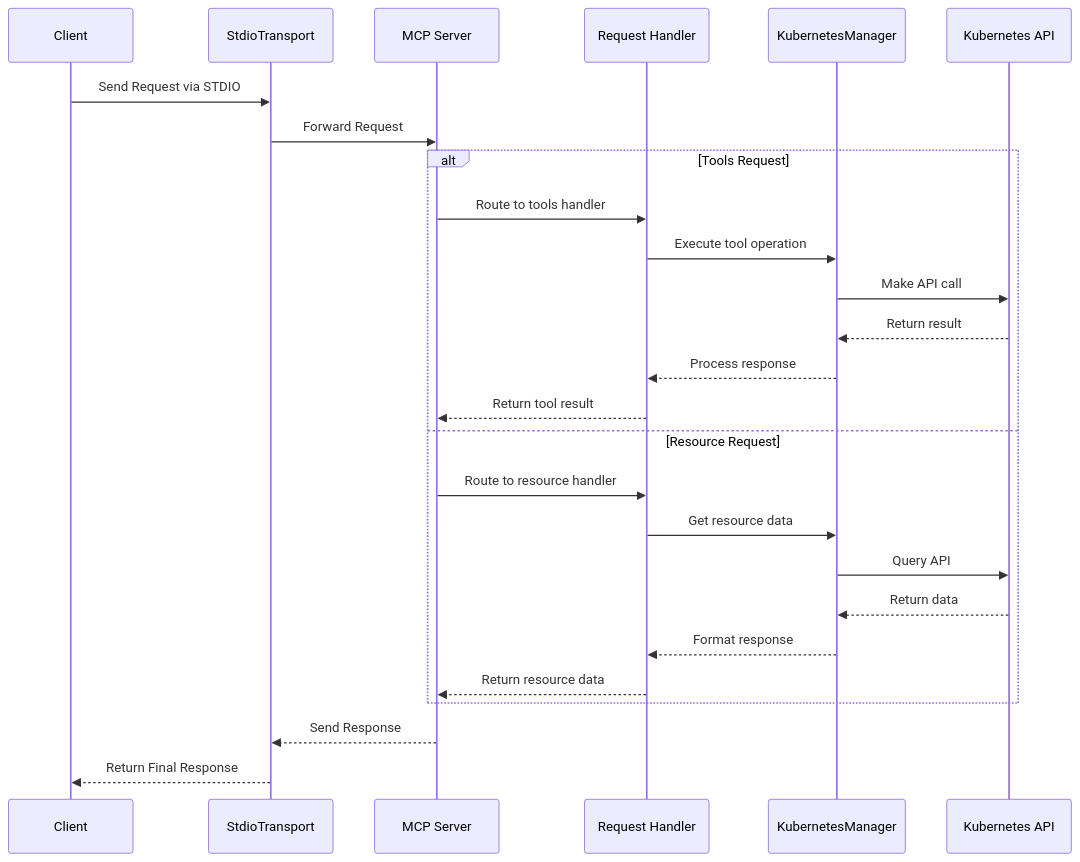
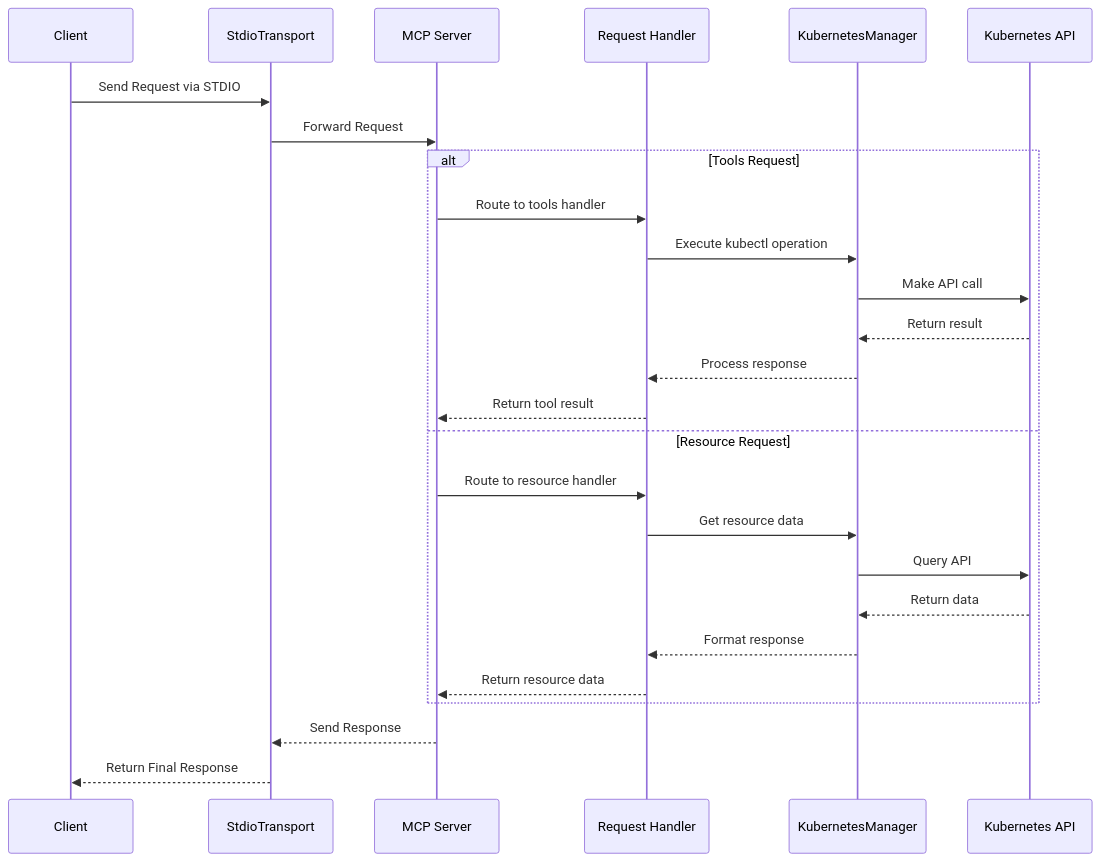
Before and after one commit to vignesh69420/mcp-server-kubernetes: the diagram in README.md, drawn with Mermaid. The commit also changed other lines of this file, not shown here.

Commit message:
Update README.md to reflect unified kubectl API structure

````diff
--- a/README.md
+++ b/README.md
@@ -166,31 +186,31 @@
 ```mermaid
 sequenceDiagram
     participant Client
     participant Transport as StdioTransport
     participant Server as MCP Server
     participant Handler as Request Handler
     participant K8sManager as KubernetesManager
     participant K8s as Kubernetes API
 
     Client->>Transport: Send Request via STDIO
     Transport->>Server: Forward Request
 
     alt Tools Request
         Server->>Handler: Route to tools handler
-        Handler->>K8sManager: Execute tool operation
+        Handler->>K8sManager: Execute kubectl operation
         K8sManager->>K8s: Make API call
         K8s-->>K8sManager: Return result
         K8sManager-->>Handler: Process response
         Handler-->>Server: Return tool result
     else Resource Request
         Server->>Handler: Route to resource handler
         Handler->>K8sManager: Get resource data
         K8sManager->>K8s: Query API
         K8s-->>K8sManager: Return data
         K8sManager-->>Handler: Format response
         Handler-->>Server: Return resource data
     end
 
     Server-->>Transport: Send Response
     Transport-->>Client: Return Final Response
 ```
````
